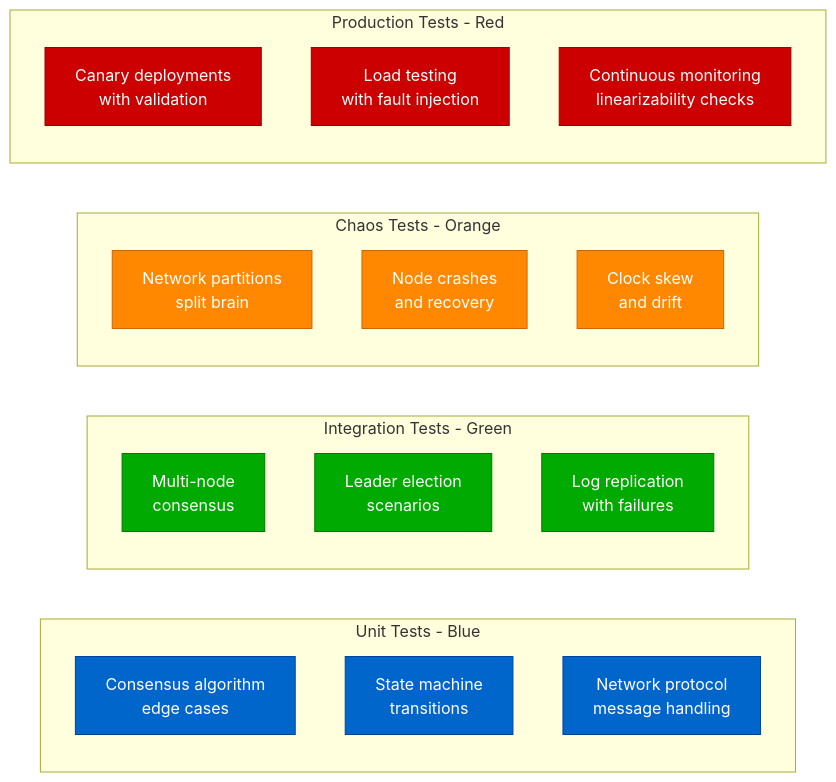
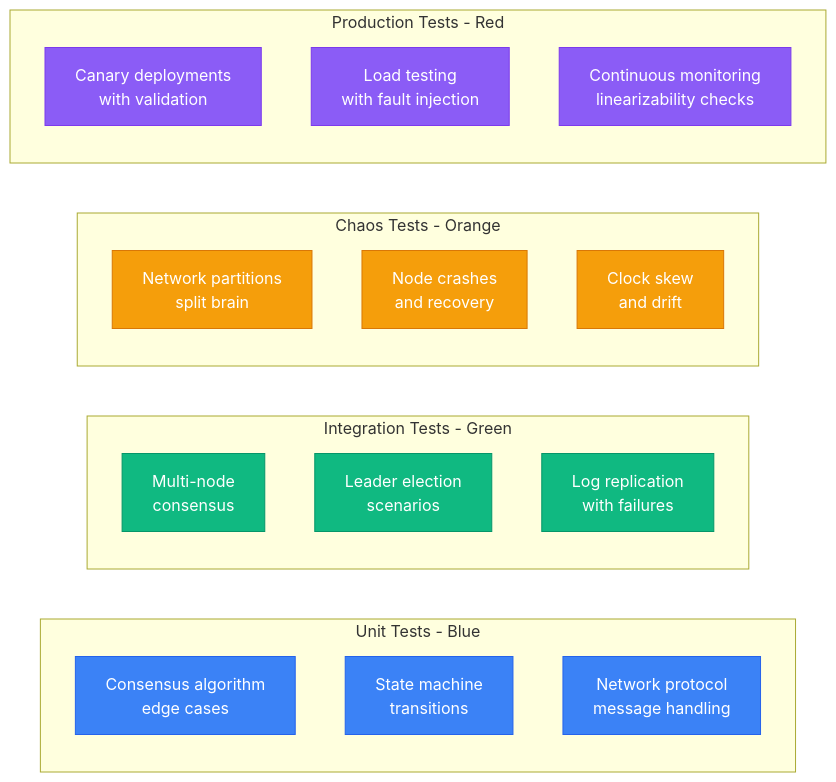
The tenth of 10 diagrams in site/docs/guarantees/linearizability/linearizability-verification.md (deepaucksharma/DS), drawn with Mermaid before and after one commit. The commit also changed other lines of this file and 303 other files, not shown here.

````diff
--- a/site/docs/guarantees/linearizability/linearizability-verification.md
+++ b/site/docs/guarantees/linearizability/linearizability-verification.md
@@ -465,36 +465,36 @@
 ```mermaid
 graph LR
     subgraph UnitTests[Unit Tests - Blue]
         UT1[Consensus algorithm<br/>edge cases]
         UT2[State machine<br/>transitions]
         UT3[Network protocol<br/>message handling]
     end
 
     subgraph IntegrationTests[Integration Tests - Green]
         IT1[Multi-node<br/>consensus]
         IT2[Leader election<br/>scenarios]
         IT3[Log replication<br/>with failures]
     end
 
     subgraph ChaosTests[Chaos Tests - Orange]
         CT1[Network partitions<br/>split brain]
         CT2[Node crashes<br/>and recovery]
         CT3[Clock skew<br/>and drift]
     end
 
     subgraph ProductionTests[Production Tests - Red]
         PT1[Canary deployments<br/>with validation]
         PT2[Load testing<br/>with fault injection]
         PT3[Continuous monitoring<br/>linearizability checks]
     end
 
-    classDef unitStyle fill:#0066CC,stroke:#004499,color:#fff
-    classDef integrationStyle fill:#00AA00,stroke:#007700,color:#fff
-    classDef chaosStyle fill:#FF8800,stroke:#CC6600,color:#fff
-    classDef prodStyle fill:#CC0000,stroke:#990000,color:#fff
+    classDef unitStyle fill:#3B82F6,stroke:#2563EB,color:#fff
+    classDef integrationStyle fill:#10B981,stroke:#059669,color:#fff
+    classDef chaosStyle fill:#F59E0B,stroke:#D97706,color:#fff
+    classDef prodStyle fill:#8B5CF6,stroke:#7C3AED,color:#fff
 
     class UT1,UT2,UT3 unitStyle
     class IT1,IT2,IT3 integrationStyle
     class CT1,CT2,CT3 chaosStyle
     class PT1,PT2,PT3 prodStyle
 ```
````
